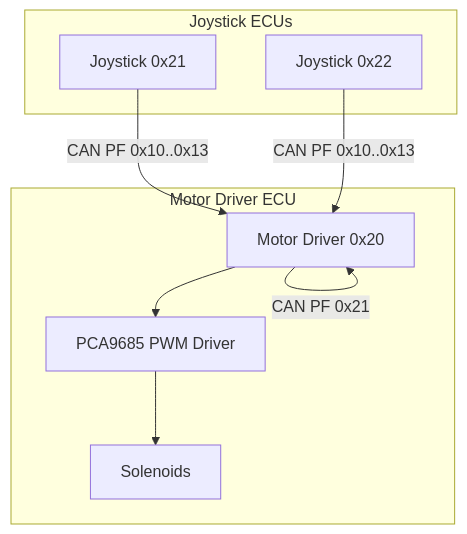
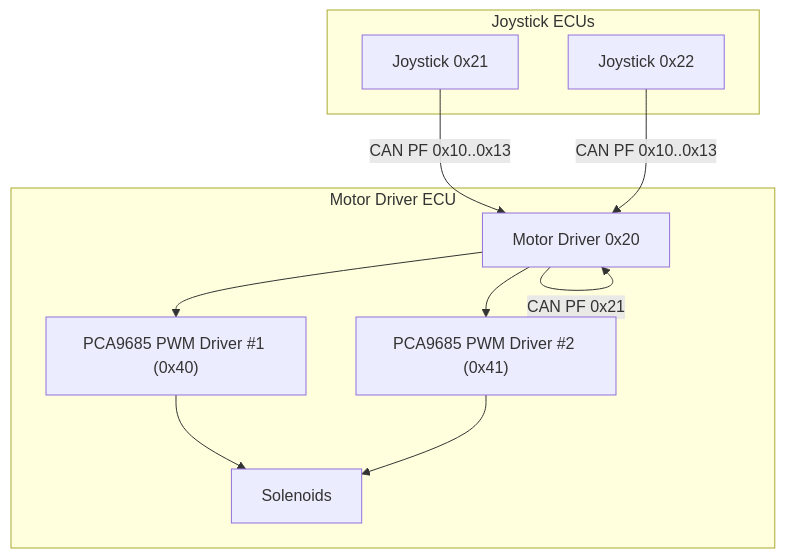
One commit to gunicsba/ESP_CAN_ECU_joystick_collection changed the first of 5 diagrams in .qoder/repowiki/en/content/ECU Implementations/Motor Driver ECU/PWM Mapping Algorithm.md. Above: the diagram before and after it, drawn with Mermaid. The commit also changed other lines of this file and 11 other files, not shown here.

````diff
--- a/.qoder/repowiki/en/content/ECU Implementations/Motor Driver ECU/PWM Mapping Algorithm.md
+++ b/.qoder/repowiki/en/content/ECU Implementations/Motor Driver ECU/PWM Mapping Algorithm.md
@@ -36,17 +45,20 @@
 ```mermaid
 graph TB
 subgraph "Joystick ECUs"
 J1["Joystick 0x21"]
 J2["Joystick 0x22"]
 end
 subgraph "Motor Driver ECU"
 MD["Motor Driver 0x20"]
-PCA["PCA9685 PWM Driver"]
+PCA1["PCA9685 PWM Driver #1 (0x40)"]
+PCA2["PCA9685 PWM Driver #2 (0x41)"]
 SOL["Solenoids"]
 end
 J1 --> |"CAN PF 0x10..0x13"| MD
 J2 --> |"CAN PF 0x10..0x13"| MD
 MD --> |"CAN PF 0x21"| MD
-MD --> PCA
-PCA --> SOL
+MD --> PCA1
+MD --> PCA2
+PCA1 --> SOL
+PCA2 --> SOL
 ```
````
